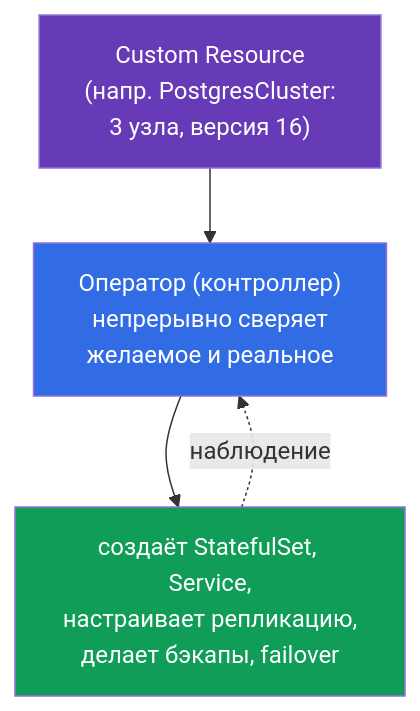
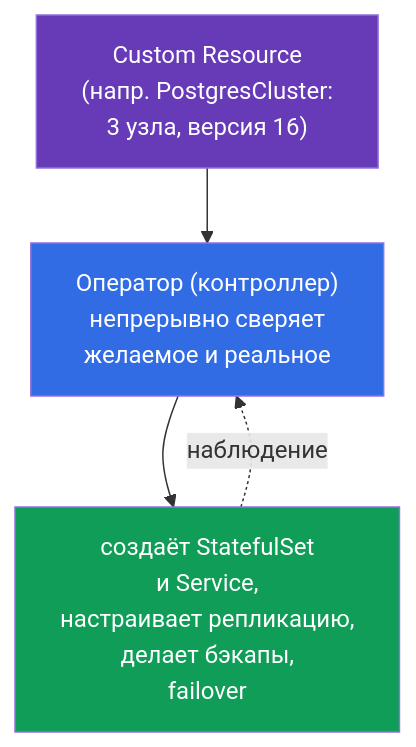
The third of 7 diagrams in tasks/cka/course/41/ru.md (ViktorUJ/cks), drawn with Mermaid before and after one commit. The commit also changed other lines of this file and 30 other files, not shown here.

````diff
--- a/tasks/cka/course/41/ru.md
+++ b/tasks/cka/course/41/ru.md
@@ -94,11 +95,11 @@
 ```mermaid
 flowchart TB
     cr["Custom Resource<br>(напр. PostgresCluster:<br>3 узла, версия 16)"]
     op["Оператор (контроллер)<br>непрерывно сверяет<br>желаемое и реальное"]
-    actions["создаёт StatefulSet, Service,<br>настраивает репликацию,<br>делает бэкапы, failover"]
+    actions["создаёт StatefulSet<br>и Service,<br>настраивает репликацию,<br>делает бэкапы,<br>failover"]
     cr --> op --> actions
     actions -.->|"наблюдение"| op
     style cr fill:#673ab7,color:#fff
     style op fill:#326ce5,color:#fff
     style actions fill:#0f9d58,color:#fff
 ```
````
